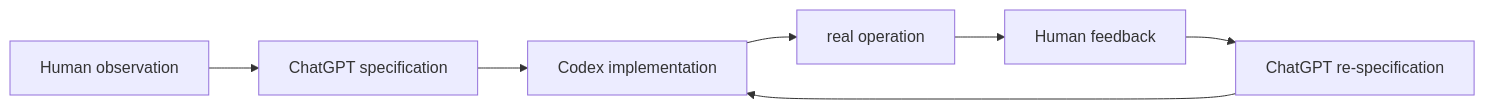
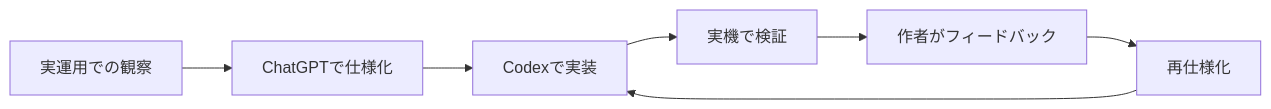
Before and after one commit to youta-01/anti-sleep-turret-demo: the diagram in docs/ai-collaboration.md, drawn with Mermaid. The commit also changed other lines of this file and 10 other files, not shown here.

````diff
--- a/docs/ai-collaboration.md
+++ b/docs/ai-collaboration.md
@@ -38,9 +33,9 @@
 ```mermaid
 flowchart LR
-    H1["Human observation"] --> C1["ChatGPT specification"]
-    C1 --> X["Codex implementation"]
-    X --> R["real operation"]
-    R --> H2["Human feedback"]
-    H2 --> C2["ChatGPT re-specification"]
+    H1["実運用での観察"] --> C1["ChatGPTで仕様化"]
+    C1 --> X["Codexで実装"]
+    X --> R["実機で検証"]
+    R --> H2["作者がフィードバック"]
+    H2 --> C2["再仕様化"]
     C2 --> X
 ```
````
